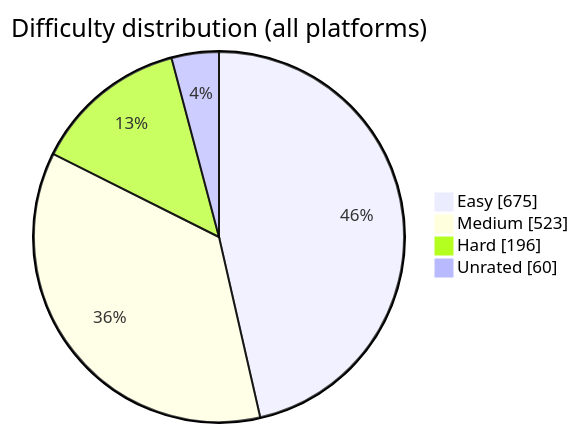
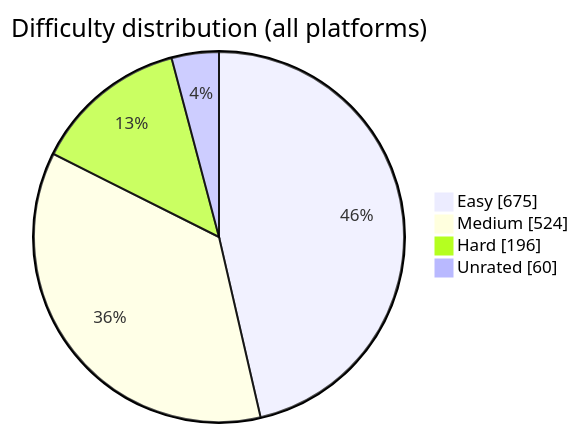
The diagram in README.md (BuildbyArindam/Daily-Coding-Log), drawn with Mermaid before and after one commit. The commit also changed other lines of this file, not shown here.

````diff
--- a/README.md
+++ b/README.md
@@ -93,7 +93,7 @@
 ```mermaid
 pie showData title Difficulty distribution (all platforms)
     "Easy" : 675
-    "Medium" : 523
+    "Medium" : 524
     "Hard" : 196
     "Unrated" : 60
 ```
````
